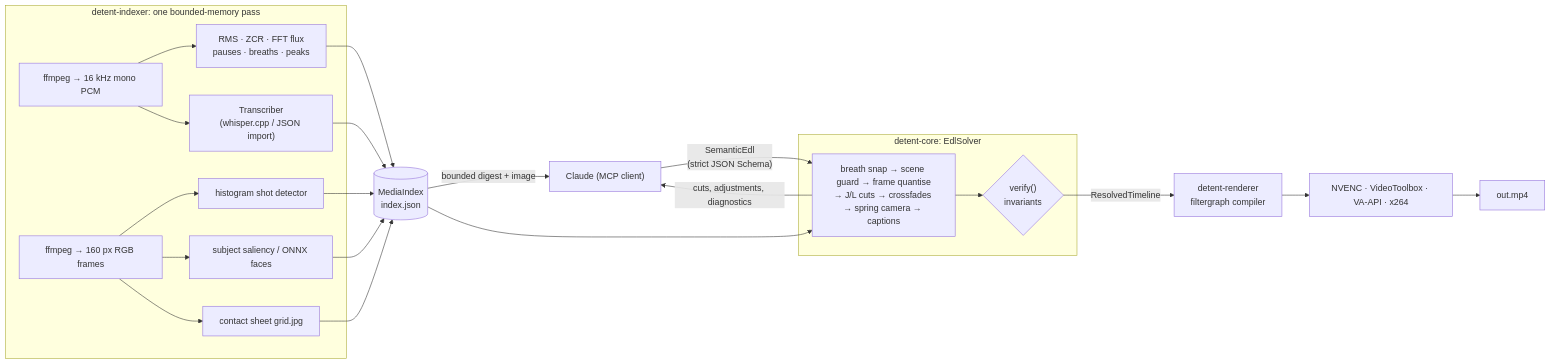
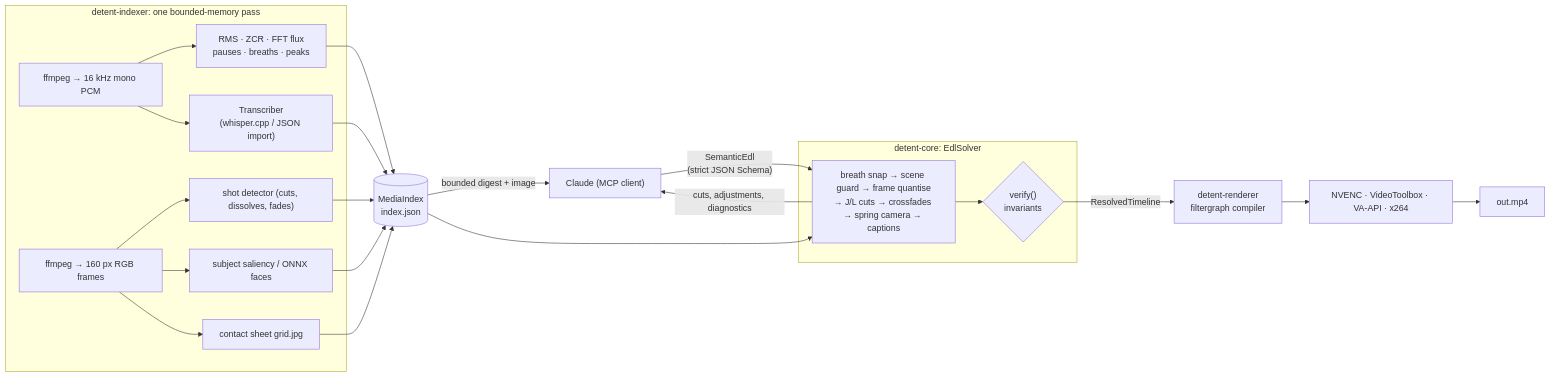
One commit to TYFALY/Detent changed the diagram in README.md. Above: the diagram before and after it, drawn with Mermaid. The commit also changed other lines of this file and 9 other files, not shown here.

````diff
--- a/README.md
+++ b/README.md
@@ -54,21 +54,21 @@
 ```mermaid
 flowchart LR
     subgraph IDX["detent-indexer: one bounded-memory pass"]
         A["ffmpeg → 16 kHz mono PCM"] --> DSP["RMS · ZCR · FFT flux<br/>pauses · breaths · peaks"]
         A --> ASR["Transcriber<br/>(whisper.cpp / JSON import)"]
-        V["ffmpeg → 160 px RGB frames"] --> SH["histogram shot detector"]
+        V["ffmpeg → 160 px RGB frames"] --> SH["shot detector (cuts, dissolves, fades)"]
         V --> SAL["subject saliency / ONNX faces"]
         V --> CS["contact sheet grid.jpg"]
     end
     DSP & ASR & SH & SAL & CS --> MI[("MediaIndex<br/>index.json")]
     MI -->|"bounded digest + image"| LLM["Claude (MCP client)"]
     LLM -->|"SemanticEdl<br/>(strict JSON Schema)"| SOL
     MI --> SOL
     subgraph CORE["detent-core: EdlSolver"]
         SOL["breath snap → scene guard → frame quantise<br/>→ J/L cuts → crossfades → spring camera → captions"] --> VER{"verify()<br/>invariants"}
     end
     VER -->|"ResolvedTimeline"| R["detent-renderer<br/>filtergraph compiler"]
     R --> ENC["NVENC · VideoToolbox · VA-API · x264"]
     ENC --> OUT["out.mp4"]
     SOL -->|"cuts, adjustments, diagnostics"| LLM
 ```
````
